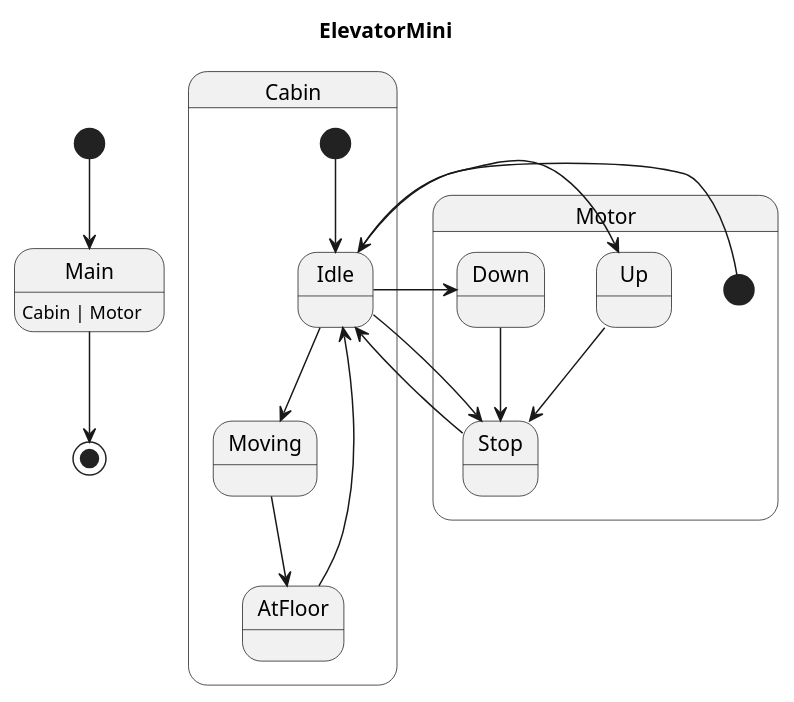
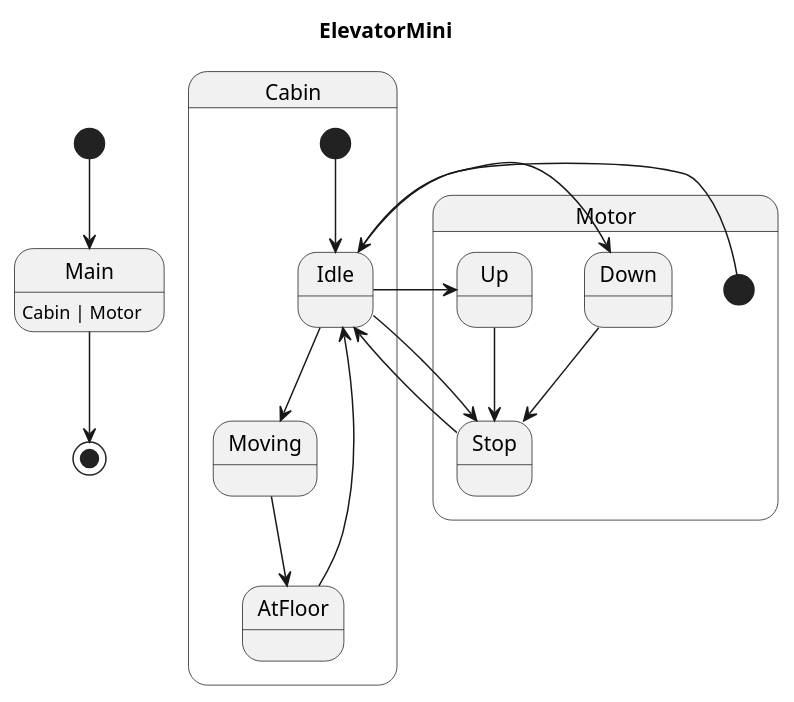
The diagram in examples/generated/plantuml/elevator_mini.puml (Pastor/Takt), drawn with PlantUML before and after one commit. The commit also changed other lines of this file and 28 other files, not shown here.

```diff
--- a/examples/generated/plantuml/elevator_mini.puml
+++ b/examples/generated/plantuml/elevator_mini.puml
@@ -1,25 +1,25 @@
 @startuml
 title ElevatorMini
 
 [*] --> Main
 Main : Cabin | Motor
 Main --> [*]
 
 state Cabin {
     [*] --> Idle
-    Moving --> AtFloor
     Idle --> Moving
     AtFloor --> Idle
+    Moving --> AtFloor
 }
 
 state Motor {
     [*] --> Idle
-    Stop --> Idle
+    Down --> Stop
+    Up --> Stop
     Idle --> Up
     Idle --> Down
     Idle --> Stop
-    Down --> Stop
-    Up --> Stop
+    Stop --> Idle
 }
 
 @enduml
```
